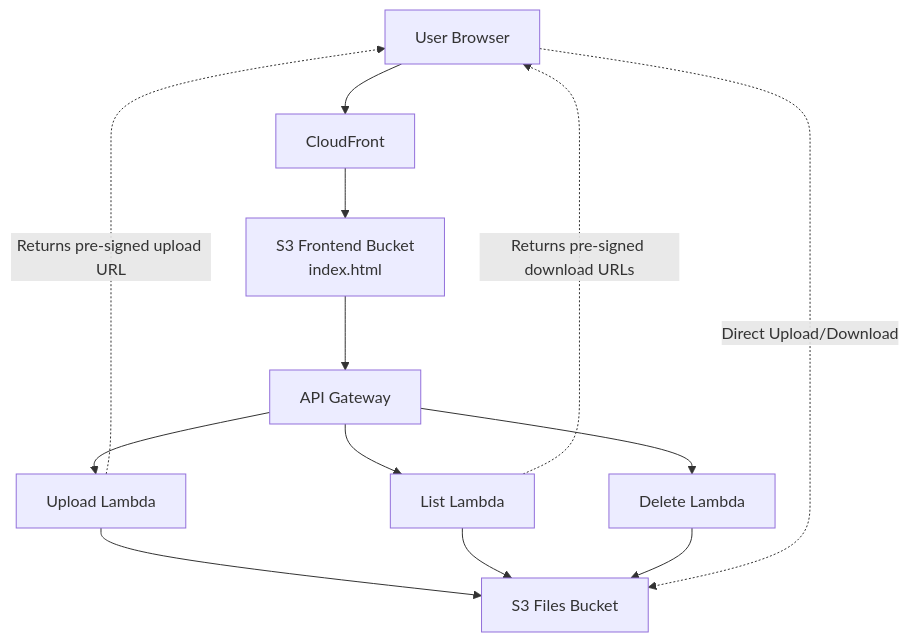
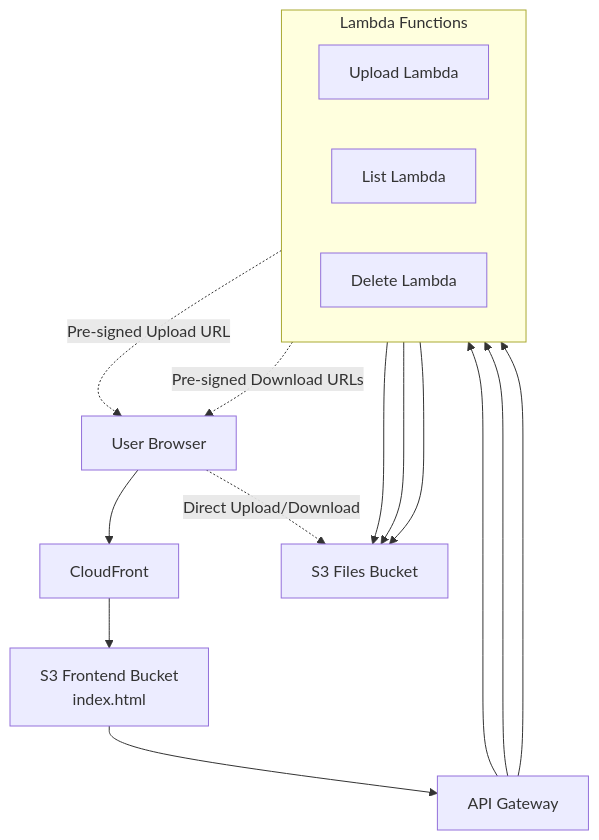
One commit to rashmiyadav02031989-wq/AWS-Serverless-File-Manager changed the first of 2 diagrams in README.md. Above: the diagram before and after it, drawn with Mermaid.

````diff
--- a/README.md
+++ b/README.md
@@ -5,19 +5,28 @@
-```mermaid. 
+```mermaid
 flowchart TD
     U[User Browser] --> CF[CloudFront]
     CF --> S3F[S3 Frontend Bucket<br/>index.html]
     S3F --> APIGW[API Gateway]
 
-    APIGW --> UL[Upload Lambda]
-    APIGW --> LL[List Lambda]
-    APIGW --> DL[Delete Lambda]
+    subgraph "Lambda Functions"
+        direction LR
+        UL[Upload Lambda]
+        LL[List Lambda]
+        DL[Delete Lambda]
+    end
 
-    UL --> S3D[S3 Files Bucket]
+    APIGW --> UL
+    APIGW --> LL
+    APIGW --> DL
+
+    S3D[S3 Files Bucket]
+
+    UL --> S3D
     LL --> S3D
     DL --> S3D
 
-    LL -. Returns pre-signed download URLs .-> U
-    UL -. Returns pre-signed upload URL .-> U
+    UL -. Pre-signed Upload URL .-> U
+    LL -. Pre-signed Download URLs .-> U
 
     U -. Direct Upload/Download .-> S3D
 ```
````
